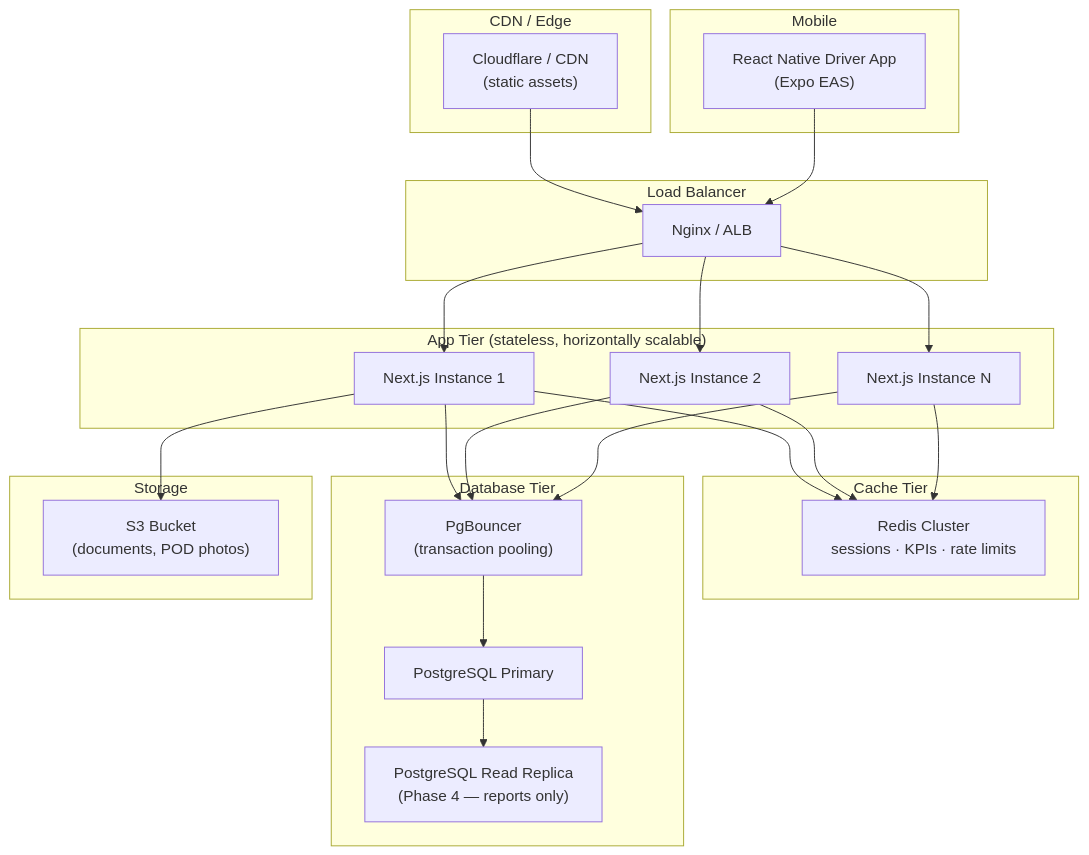
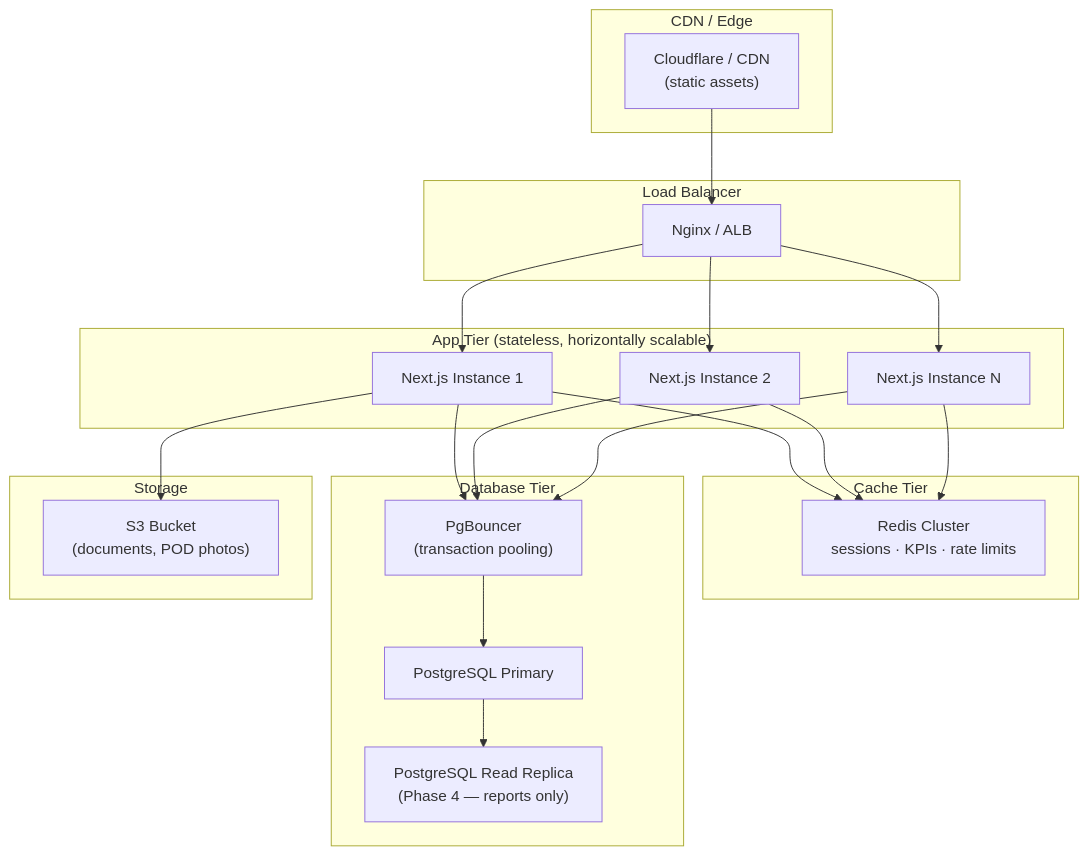
Before and after one commit to shunlink/tms: the third of 20 diagrams in docs/ARCHITECTURE_AND_USER_FLOW.md, drawn with Mermaid. The commit also changed other lines of this file and 7 other files, not shown here.

````diff
--- a/docs/ARCHITECTURE_AND_USER_FLOW.md
+++ b/docs/ARCHITECTURE_AND_USER_FLOW.md
@@ -96,49 +100,44 @@
 ```mermaid
 graph TB
     subgraph "CDN / Edge"
         CF["Cloudflare / CDN<br/>(static assets)"]
     end
 
     subgraph "Load Balancer"
         LB["Nginx / ALB"]
     end
 
     subgraph "App Tier (stateless, horizontally scalable)"
         APP1["Next.js Instance 1"]
         APP2["Next.js Instance 2"]
         APPN["Next.js Instance N"]
     end
 
     subgraph "Cache Tier"
         REDIS["Redis Cluster<br/>sessions · KPIs · rate limits"]
     end
 
     subgraph "Database Tier"
         PGB["PgBouncer<br/>(transaction pooling)"]
         PG_PRIMARY["PostgreSQL Primary"]
         PG_REPLICA["PostgreSQL Read Replica<br/>(Phase 4 — reports only)"]
     end
 
     subgraph "Storage"
         S3["S3 Bucket<br/>(documents, POD photos)"]
     end
 
-    subgraph "Mobile"
-        RN["React Native Driver App<br/>(Expo EAS)"]
-    end
-
     CF --> LB
     LB --> APP1
     LB --> APP2
     LB --> APPN
     APP1 --> REDIS
     APP2 --> REDIS
     APPN --> REDIS
     APP1 --> PGB
     APP2 --> PGB
     APPN --> PGB
     PGB --> PG_PRIMARY
     PG_PRIMARY --> PG_REPLICA
     APP1 --> S3
-    RN --> LB
 ```
````
